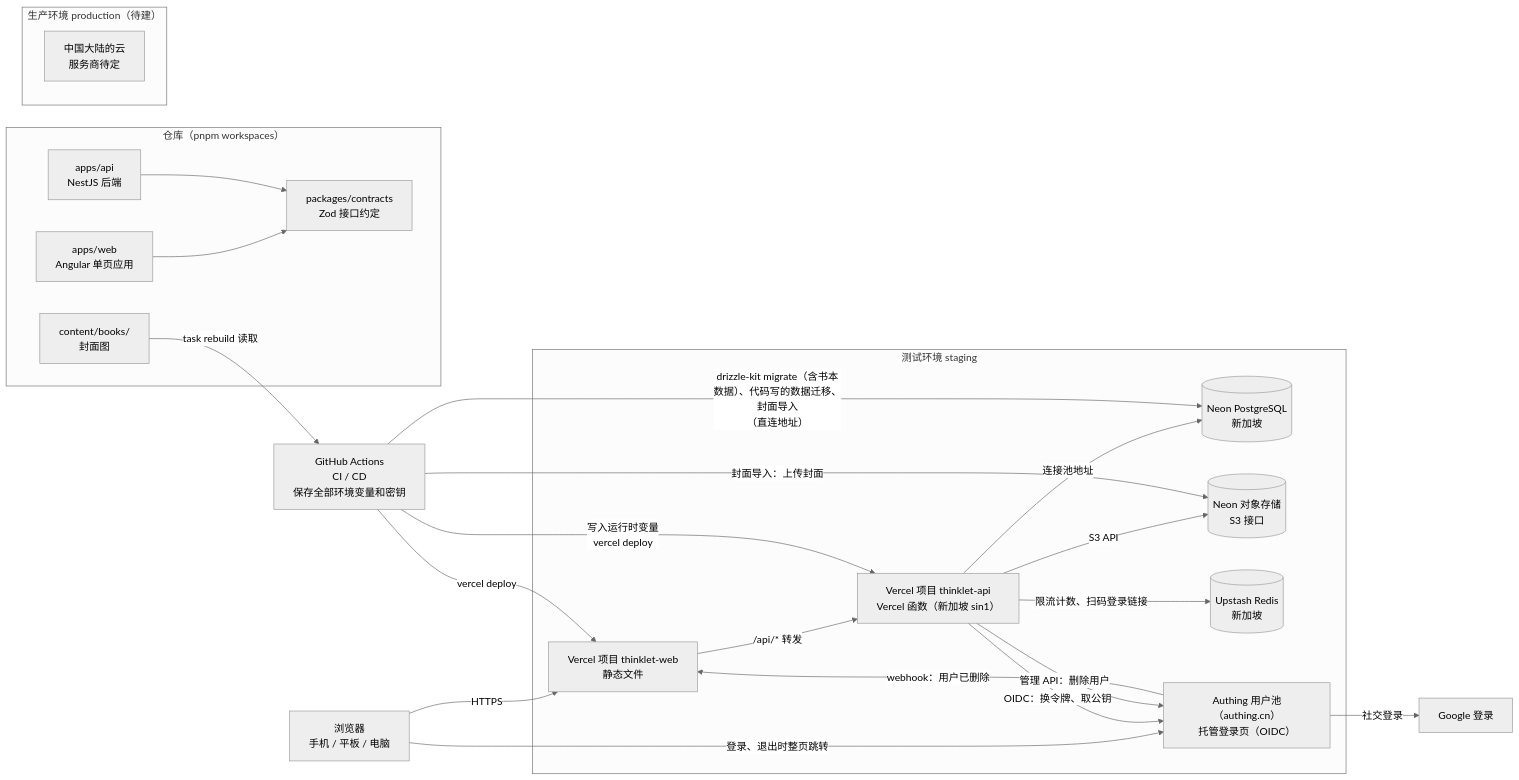
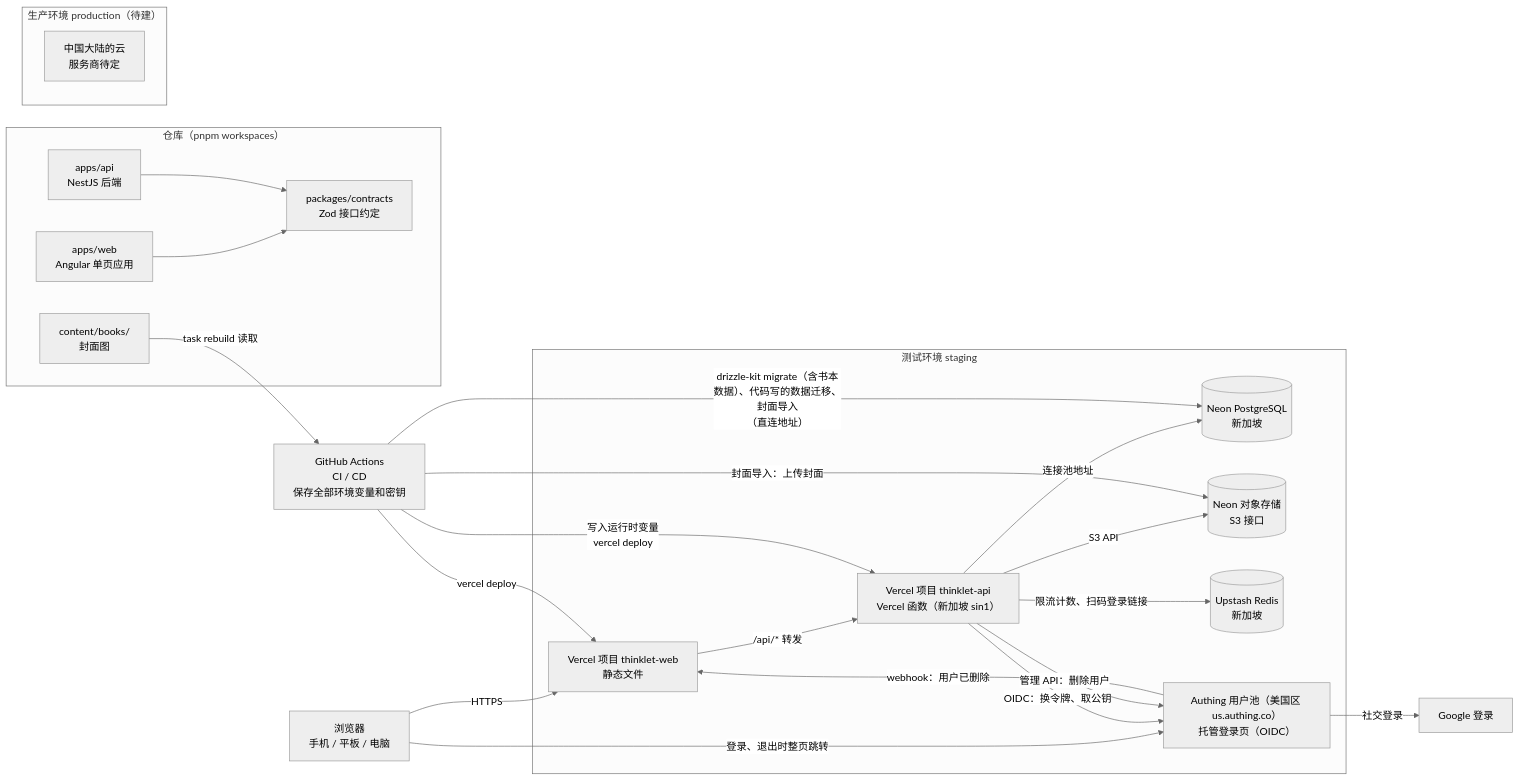
The diagram in .docs/architecture.md (juanchaopan/thinklet), drawn with Mermaid (neutral theme) before and after one commit. The commit also changed other lines of this file and 3 other files, not shown here.

First line of the commit message:
feat(architecture): staging signs parents in through Authing's US region (#14) (#16)

````diff
--- a/.docs/architecture.md
+++ b/.docs/architecture.md
@@ -9,44 +9,44 @@
 ```mermaid
 flowchart LR
   browser["浏览器<br/>手机 / 平板 / 电脑"]
 
   subgraph repo["仓库（pnpm workspaces）"]
     web["apps/web<br/>Angular 单页应用"]
     api["apps/api<br/>NestJS 后端"]
     contracts["packages/contracts<br/>Zod 接口约定"]
     content["content/books/<br/>封面图"]
   end
 
   subgraph staging["测试环境 staging"]
     vweb["Vercel 项目 thinklet-web<br/>静态文件"]
     vapi["Vercel 项目 thinklet-api<br/>Vercel 函数（新加坡 sin1）"]
     npg[("Neon PostgreSQL<br/>新加坡")]
     ns3[("Neon 对象存储<br/>S3 接口")]
     redis[("Upstash Redis<br/>新加坡")]
-    authing["Authing 用户池（authing.cn）<br/>托管登录页（OIDC）"]
+    authing["Authing 用户池（美国区 us.authing.co）<br/>托管登录页（OIDC）"]
   end
 
   subgraph production["生产环境 production（待建）"]
     cn["中国大陆的云<br/>服务商待定"]
   end
 
   google["Google 登录"]
 
   web --> contracts
   api --> contracts
   browser -->|"HTTPS"| vweb
   browser -->|"登录、退出时整页跳转"| authing
   vweb -->|"/api/* 转发"| vapi
   vapi -->|"连接池地址"| npg
   vapi -->|"S3 API"| ns3
   vapi -->|"OIDC：换令牌、取公钥"| authing
   vapi -->|"管理 API：删除用户"| authing
   authing -->|"webhook：用户已删除"| vweb
   vapi -->|"限流计数、扫码登录链接"| redis
   authing -->|"社交登录"| google
   gha["GitHub Actions<br/>CI / CD<br/>保存全部环境变量和密钥"] -->|"drizzle-kit migrate（含书本数据）、代码写的数据迁移、封面导入<br/>（直连地址）"| npg
   content -->|"task rebuild 读取"| gha
   gha -->|"封面导入：上传封面"| ns3
   gha -->|"vercel deploy"| vweb
   gha -->|"写入运行时变量<br/>vercel deploy"| vapi
 ```
````
